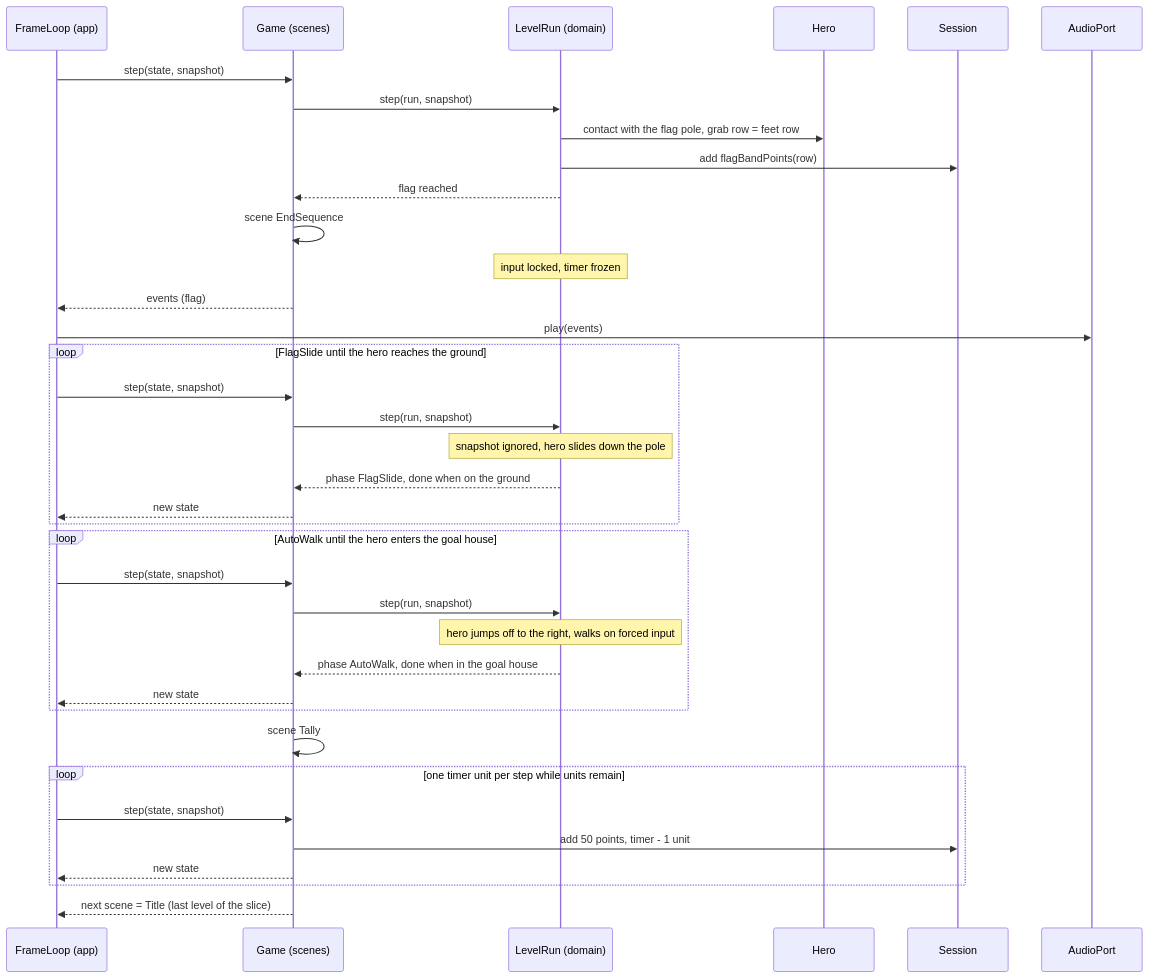
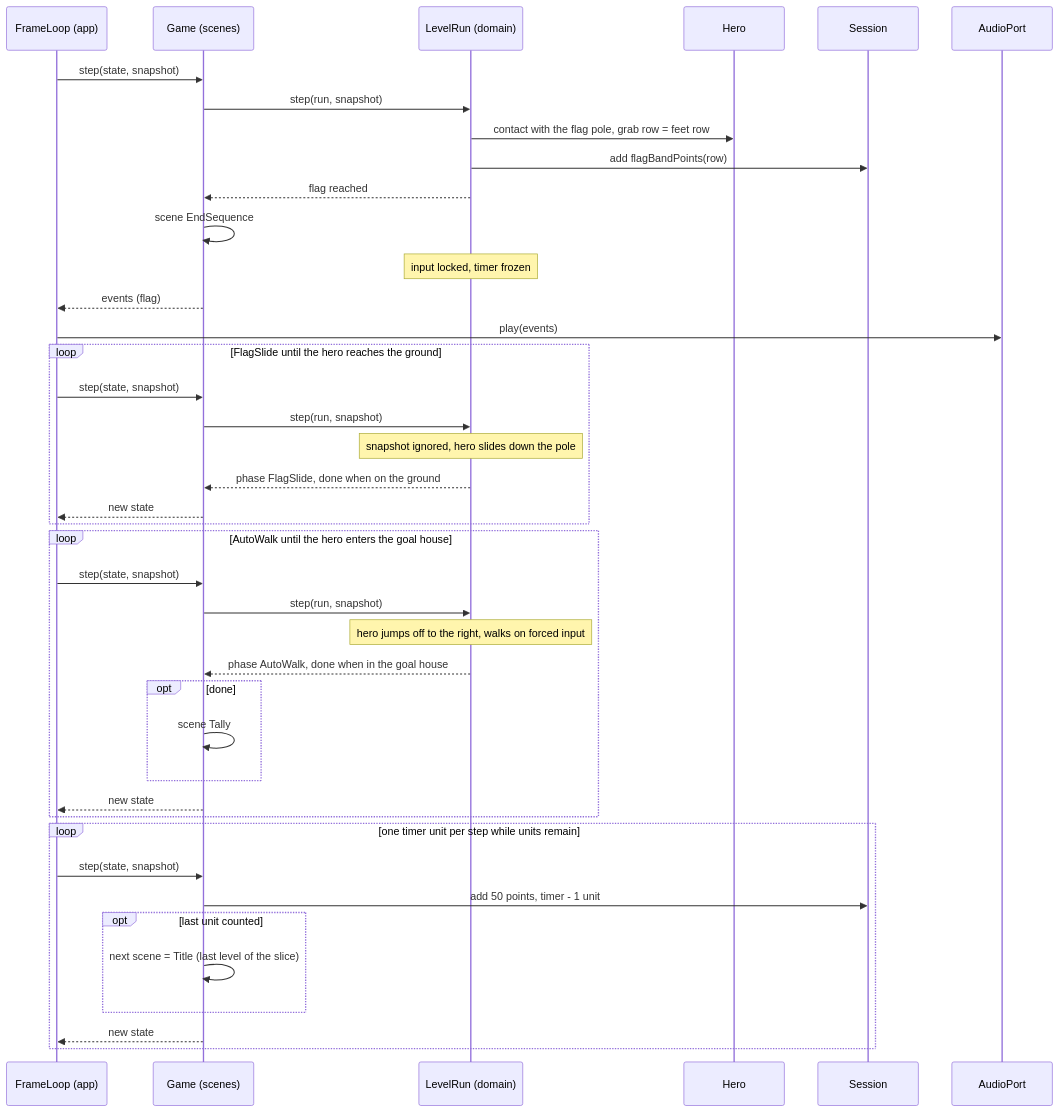
One commit to benoit-bremaud/retro-plumber changed the diagram in docs/architecture/diagrams/gameplay/12-sequence-flag-tally.md. Above: the diagram before and after it, drawn with Mermaid. The commit also changed 2 other files, not shown here.

Commit message:
docs(uml): resolve terminal transitions inside each step in 11, 12, 13 (#7)

````diff
--- a/docs/architecture/diagrams/gameplay/12-sequence-flag-tally.md
+++ b/docs/architecture/diagrams/gameplay/12-sequence-flag-tally.md
@@ -15,39 +15,43 @@
 ```mermaid
 sequenceDiagram
     participant FL as FrameLoop (app)
     participant G as Game (scenes)
     participant LR as LevelRun (domain)
     participant H as Hero
     participant Sess as Session
     participant Snd as AudioPort
     FL->>G: step(state, snapshot)
     G->>LR: step(run, snapshot)
     LR->>H: contact with the flag pole, grab row = feet row
     LR->>Sess: add flagBandPoints(row)
     LR-->>G: flag reached
     G->>G: scene EndSequence
     Note over LR: input locked, timer frozen
     G-->>FL: events (flag)
     FL->>Snd: play(events)
     loop FlagSlide until the hero reaches the ground
         FL->>G: step(state, snapshot)
         G->>LR: step(run, snapshot)
         Note over LR: snapshot ignored, hero slides down the pole
         LR-->>G: phase FlagSlide, done when on the ground
         G-->>FL: new state
     end
     loop AutoWalk until the hero enters the goal house
         FL->>G: step(state, snapshot)
         G->>LR: step(run, snapshot)
         Note over LR: hero jumps off to the right, walks on forced input
         LR-->>G: phase AutoWalk, done when in the goal house
+        opt done
+            G->>G: scene Tally
+        end
         G-->>FL: new state
     end
-    G->>G: scene Tally
     loop one timer unit per step while units remain
         FL->>G: step(state, snapshot)
         G->>Sess: add 50 points, timer - 1 unit
+        opt last unit counted
+            G->>G: next scene = Title (last level of the slice)
+        end
         G-->>FL: new state
     end
-    G-->>FL: next scene = Title (last level of the slice)
 ```
````
